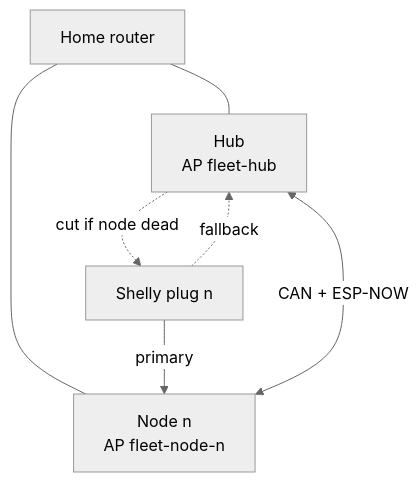
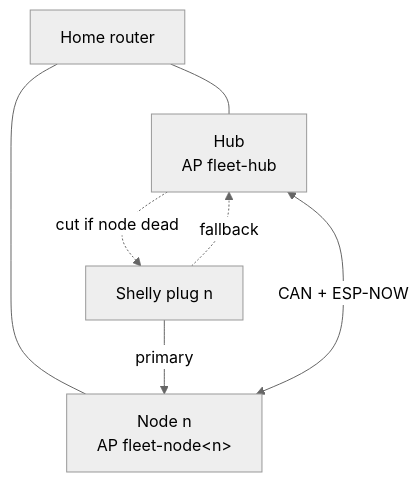
The eighth of 10 diagrams in docs/07_firmware_and_comms.md (BashfulBits/3dp-fleet-exhaust), drawn with Mermaid (neutral theme) before and after one commit. The commit also changed other lines of this file and 7 other files, not shown here.

````diff
--- a/docs/07_firmware_and_comms.md
+++ b/docs/07_firmware_and_comms.md
@@ -410,13 +410,13 @@
 ```mermaid
 flowchart TB
   ROUTER["Home router"]
   HUB["Hub<br>AP fleet-hub"]
-  NODE["Node n<br>AP fleet-node-n"]
+  NODE["Node n<br>AP fleet-node#lt;n#gt;"]
   PLUG["Shelly plug n"]
   ROUTER --- HUB
   ROUTER --- NODE
   NODE <-->|"CAN + ESP-NOW"| HUB
   PLUG -->|"primary"| NODE
   PLUG -.->|"fallback"| HUB
   HUB -.->|"cut if node dead"| PLUG
 ```
````
